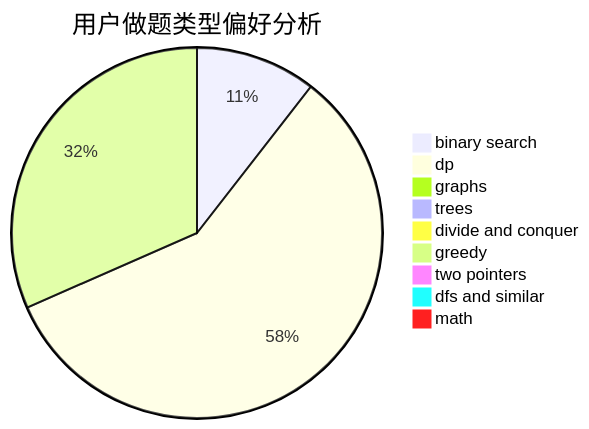
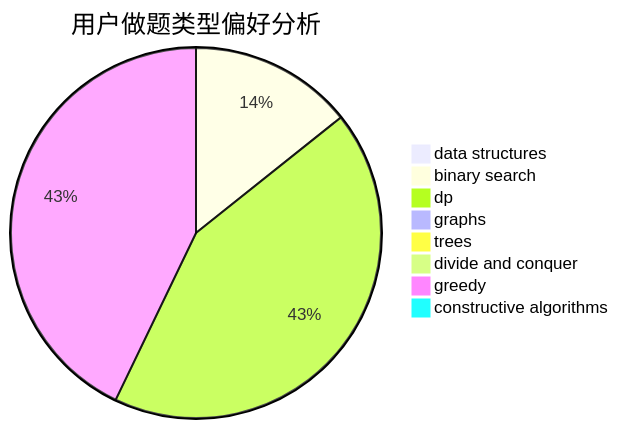
The second of 3 diagrams in docs/user/u1463.md (sherpahu/cfrs.github.io), drawn with Mermaid before and after one commit. The commit also changed other lines of this file and 2775 other files, not shown here.

````diff
--- a/docs/user/u1463.md
+++ b/docs/user/u1463.md
@@ -23,12 +23,11 @@
 ```mermaid
 pie title 用户做题类型偏好分析
+    "data structures" :  0
     "binary search" :  2
-    "dp" :  11
+    "dp" :  6
     "graphs" :  0
     "trees" :  0
     "divide and conquer" :  0
     "greedy" :  6
-    "two pointers" :  0
-    "dfs and similar" :  0
-    "math" :  0
+    "constructive algorithms" :  0
 ```
````
